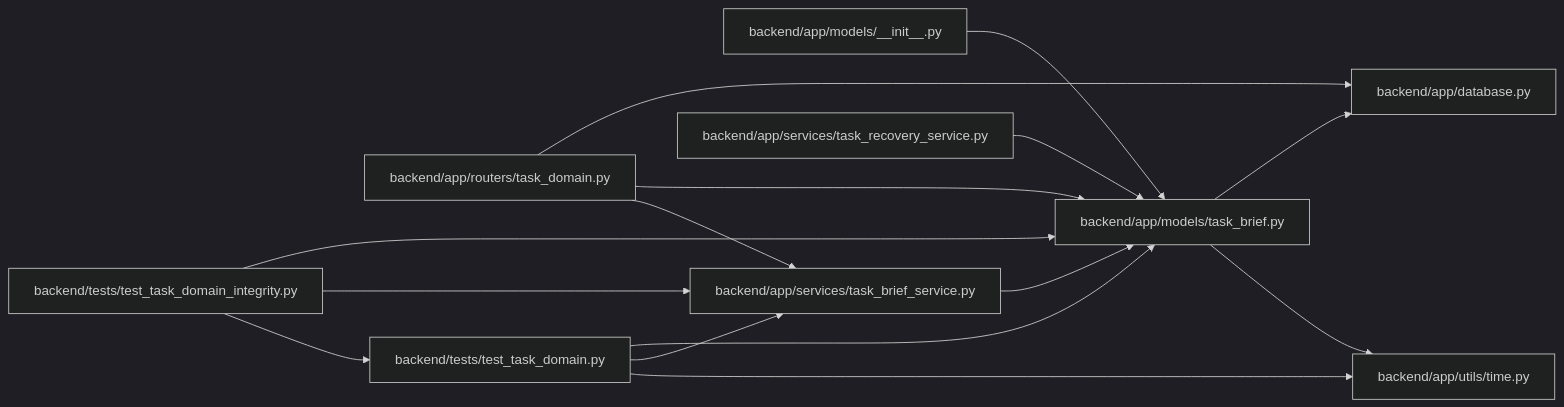
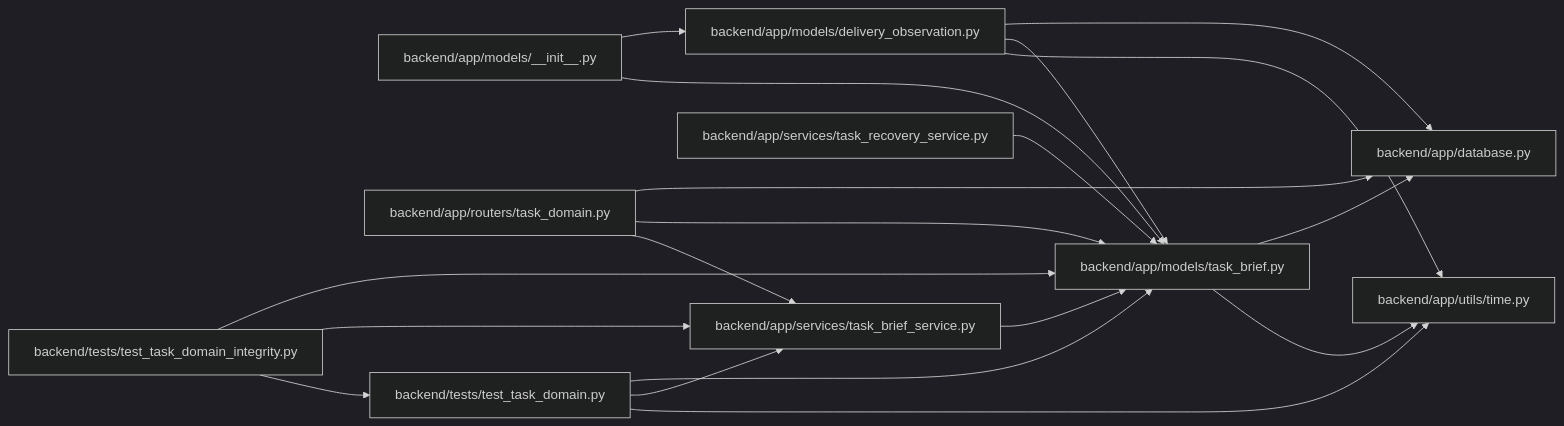
One commit to Denissvgn/WorkChord changed the diagram in docs/llm_wiki/modules/models_task_brief.md. Above: the diagram before and after it, drawn with Mermaid (dark theme). The commit also changed other lines of this file and 6624 other files, not shown here.

````diff
--- a/docs/llm_wiki/modules/models_task_brief.md
+++ b/docs/llm_wiki/modules/models_task_brief.md
@@ -27,35 +27,41 @@
 ```mermaid
 flowchart LR
     n0["backend/app/database.py"]
     n1["backend/app/models/__init__.py"]
-    n2["backend/app/models/task_brief.py"]
-    n3["backend/app/routers/task_domain.py"]
-    n4["backend/app/services/task_brief_service.py"]
-    n5["backend/app/services/task_recovery_service.py"]
-    n6["backend/app/utils/time.py"]
-    n7["backend/tests/test_task_domain.py"]
-    n8["backend/tests/test_task_domain_integrity.py"]
+    n2["backend/app/models/delivery_observation.py"]
+    n3["backend/app/models/task_brief.py"]
+    n4["backend/app/routers/task_domain.py"]
+    n5["backend/app/services/task_brief_service.py"]
+    n6["backend/app/services/task_recovery_service.py"]
+    n7["backend/app/utils/time.py"]
+    n8["backend/tests/test_task_domain.py"]
+    n9["backend/tests/test_task_domain_integrity.py"]
     n1 --> n2
+    n1 --> n3
     n2 --> n0
-    n2 --> n6
+    n2 --> n3
+    n2 --> n7
     n3 --> n0
-    n3 --> n2
-    n3 --> n4
-    n4 --> n2
-    n5 --> n2
-    n7 --> n2
-    n7 --> n4
-    n7 --> n6
-    n8 --> n2
-    n8 --> n4
+    n3 --> n7
+    n4 --> n0
+    n4 --> n3
+    n4 --> n5
+    n5 --> n3
+    n6 --> n3
+    n8 --> n3
+    n8 --> n5
     n8 --> n7
+    n9 --> n3
+    n9 --> n5
+    n9 --> n8
     click n0 "../modules/app_database.md"
     click n1 "../modules/models___init__.md"
-    click n2 "../modules/models_task_brief.md"
-    click n3 "../modules/routers_task_domain.md"
-    click n4 "../modules/task_brief_service.md"
-    click n5 "../modules/task_recovery_service.md"
-    click n6 "../modules/time.md"
-    click n7 "../modules/test_task_domain.md"
-    click n8 "../modules/test_task_domain_integrity.md"
+    click n2 "../modules/delivery_observation.md"
+    click n3 "../modules/models_task_brief.md"
+    click n4 "../modules/routers_task_domain.md"
+    click n5 "../modules/task_brief_service.md"
+    click n6 "../modules/task_recovery_service.md"
+    click n7 "../modules/time.md"
+    click n8 "../modules/test_task_domain.md"
+    click n9 "../modules/test_task_domain_integrity.md"
 ```
````
